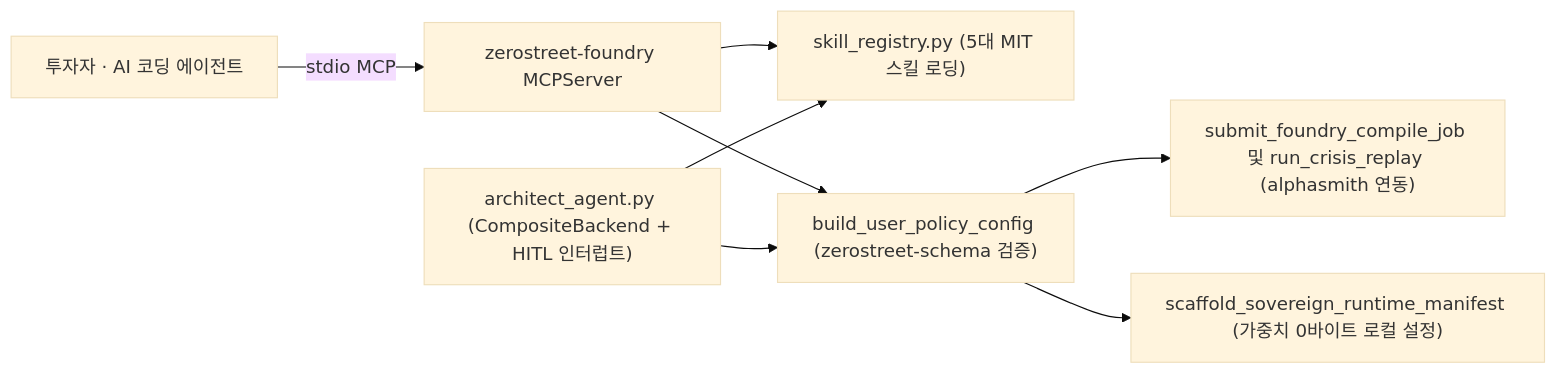
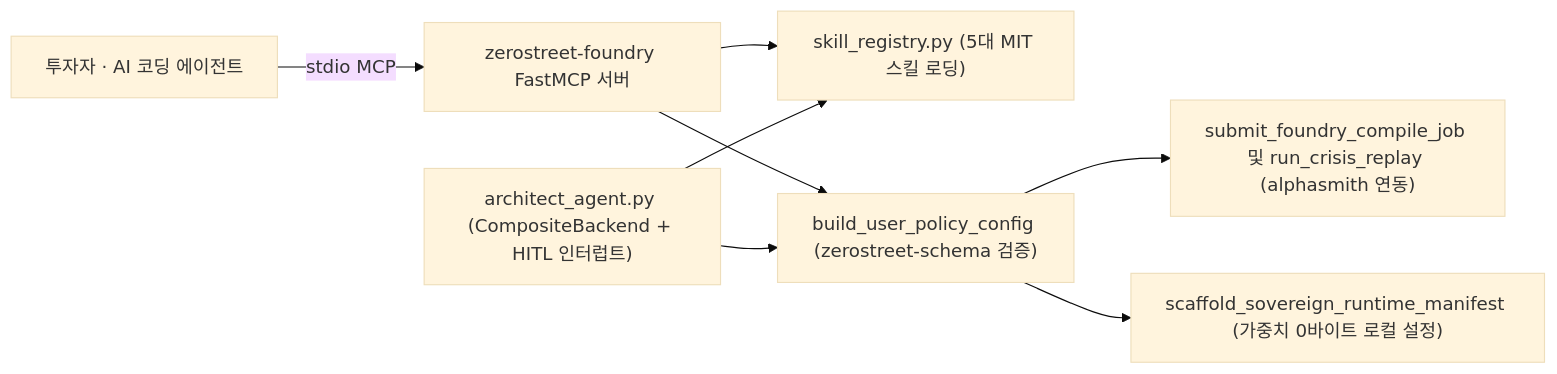
Before and after one commit to zerostreet/zerostreet-mcp: the diagram in openwiki/quickstart.md, drawn with Mermaid (base theme). The commit also changed other lines of this file and 13 other files, not shown here.

Commit message:
feat: migrate Foundry MCP server to FastMCP

````diff
--- a/openwiki/quickstart.md
+++ b/openwiki/quickstart.md
@@ -36,10 +36,10 @@
 ```mermaid
 flowchart LR
-    DEV["투자자 · AI 코딩 에이전트"] -->|"stdio MCP"| MCP["zerostreet-foundry MCPServer"]
+    DEV["투자자 · AI 코딩 에이전트"] -->|"stdio MCP"| MCP["zerostreet-foundry FastMCP 서버"]
     MCP --> REG["skill_registry.py (5대 MIT 스킬 로딩)"]
     MCP --> POL["build_user_policy_config (zerostreet-schema 검증)"]
     POL --> ASM["submit_foundry_compile_job 및 run_crisis_replay (alphasmith 연동)"]
     POL --> LOC["scaffold_sovereign_runtime_manifest (가중치 0바이트 로컬 설정)"]
     ARCH["architect_agent.py (CompositeBackend + HITL 인터럽트)"] --> REG
     ARCH --> POL
 ```
````
